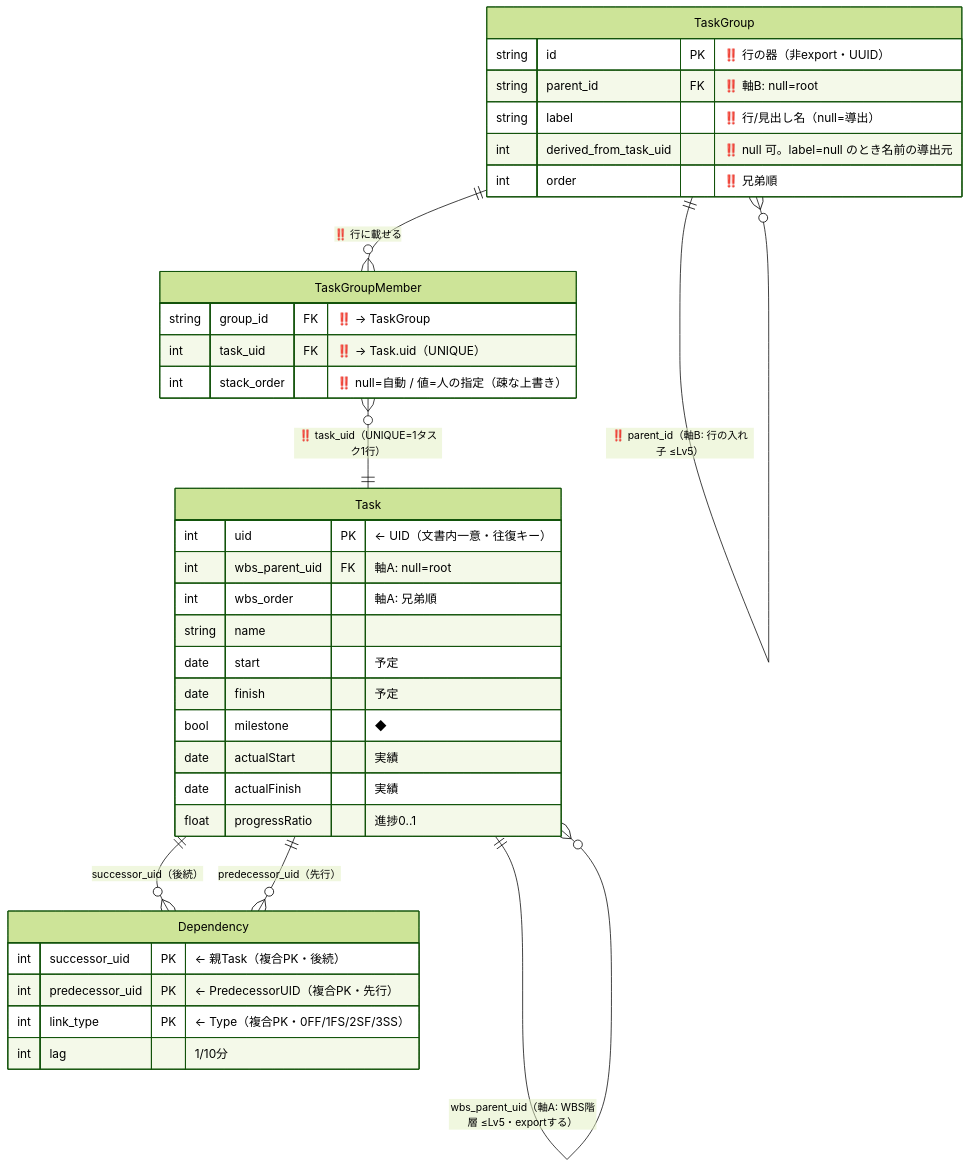
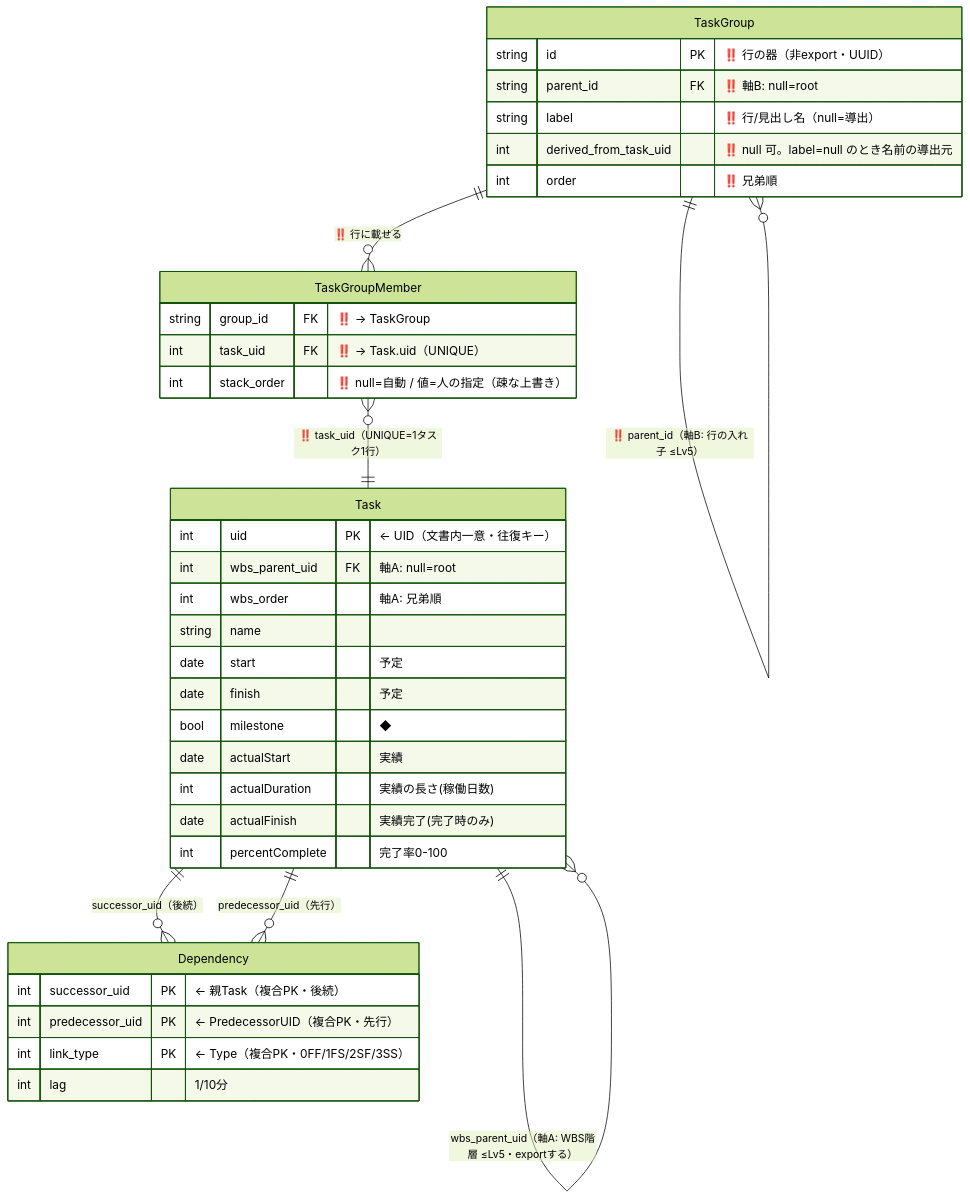
Before and after one commit to GoodRelax/gr-scheduler: the first of 2 diagrams in handover/02-data-model/grs-native-erd-ja.md, drawn with Mermaid (forest theme). The commit also changed other lines of this file and 9 other files, not shown here.

````diff
--- a/handover/02-data-model/grs-native-erd-ja.md
+++ b/handover/02-data-model/grs-native-erd-ja.md
@@ -125,40 +142,41 @@
 ```mermaid
 erDiagram
     Task ||--o{ Task : "wbs_parent_uid（軸A: WBS階層 ≤Lv5・exportする）"
     TaskGroup ||--o{ TaskGroup : "‼️ parent_id（軸B: 行の入れ子 ≤Lv5）"
     TaskGroup ||--o{ TaskGroupMember : "‼️ 行に載せる"
     TaskGroupMember }o--|| Task : "‼️ task_uid（UNIQUE=1タスク1行）"
     Task ||--o{ Dependency : "successor_uid（後続）"
     Task ||--o{ Dependency : "predecessor_uid（先行）"
 
     Task {
         int uid PK "← UID（文書内一意・往復キー）"
         int wbs_parent_uid FK "軸A: null=root"
         int wbs_order "軸A: 兄弟順"
         string name
         date start "予定"
         date finish "予定"
         bool milestone "◆"
         date actualStart "実績"
-        date actualFinish "実績"
-        float progressRatio "進捗0..1"
+        int actualDuration "実績の長さ(稼働日数)"
+        date actualFinish "実績完了(完了時のみ)"
+        int percentComplete "完了率0-100"
     }
     TaskGroup {
         string id PK "‼️ 行の器（非export・UUID）"
         string parent_id FK "‼️ 軸B: null=root"
         string label "‼️ 行/見出し名（null=導出）"
         int derived_from_task_uid "‼️ null 可。label=null のとき名前の導出元"
         int order "‼️ 兄弟順"
     }
     TaskGroupMember {
         string group_id FK "‼️ → TaskGroup"
         int task_uid FK "‼️ → Task.uid（UNIQUE）"
         int stack_order "‼️ null=自動 / 値=人の指定（疎な上書き）"
     }
     Dependency {
         int successor_uid PK "← 親Task（複合PK・後続）"
         int predecessor_uid PK "← PredecessorUID（複合PK・先行）"
         int link_type PK "← Type（複合PK・0FF/1FS/2SF/3SS）"
         int lag "1/10分"
     }
 ```
````
